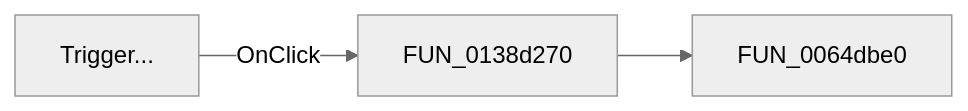
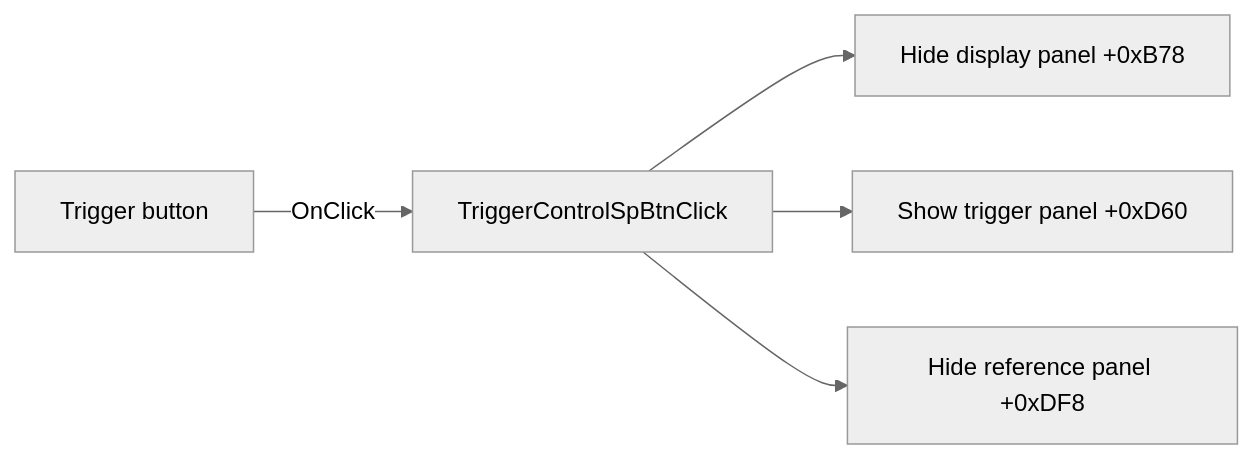
The diagram in docs/ui-controls/signalanalyzerwin/triggercontrolspbtn-db41f34be0.md (MovGP0/TIARA), drawn with Mermaid (neutral theme) before and after one commit. The commit also changed other lines of this file and 1062 other files, not shown here.

````diff
--- a/docs/ui-controls/signalanalyzerwin/triggercontrolspbtn-db41f34be0.md
+++ b/docs/ui-controls/signalanalyzerwin/triggercontrolspbtn-db41f34be0.md
@@ -27,5 +29,7 @@
 ```mermaid
 flowchart LR
-    control["Trigger..."] -->|OnClick| handler["FUN_0138d270"]
-    handler --> call1["FUN_0064dbe0"]
+    control["Trigger button"] -->|OnClick| handler["TriggerControlSpBtnClick"]
+    handler --> hideDisplay["Hide display panel +0xB78"]
+    handler --> showTrigger["Show trigger panel +0xD60"]
+    handler --> hideReference["Hide reference panel +0xDF8"]
 ```
````
